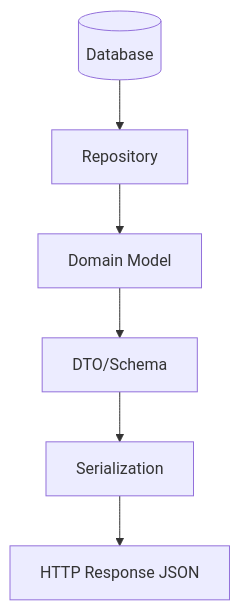
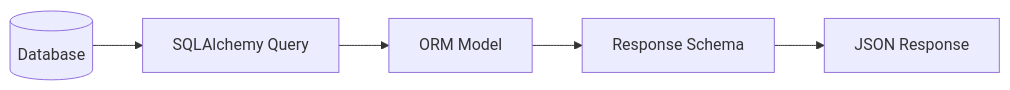
One commit to zhu1090093659/GEO changed the sixth of 11 diagrams in docs/architecture/DATA_FLOW.md. Above: the diagram before and after it, drawn with Mermaid. The commit also changed other lines of this file and 10 other files, not shown here.

Commit message:
Refactor documentation to enhance clarity and structure, including updates to architecture, module interfaces, API references, and troubleshooting guides. Introduce GEO branding across all documents and improve the setup and deployment instructions for better developer experience.

````diff
--- a/docs/architecture/DATA_FLOW.md
+++ b/docs/architecture/DATA_FLOW.md
@@ -56,8 +209,7 @@
 ```mermaid
-flowchart TB
-    DB[(Database)] --> Repository
-    Repository --> Domain[Domain Model]
-    Domain --> DTO[DTO/Schema]
-    DTO --> Serial[Serialization]
-    Serial --> Response[HTTP Response JSON]
+flowchart LR
+    DB[(Database)] --> Query[SQLAlchemy Query]
+    Query --> Model[ORM Model]
+    Model --> Schema[Response Schema]
+    Schema --> JSON[JSON Response]
 ```
````
